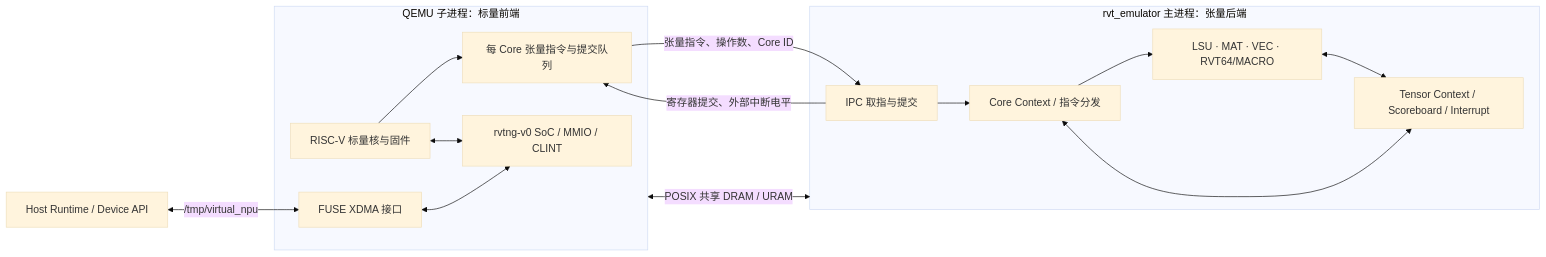
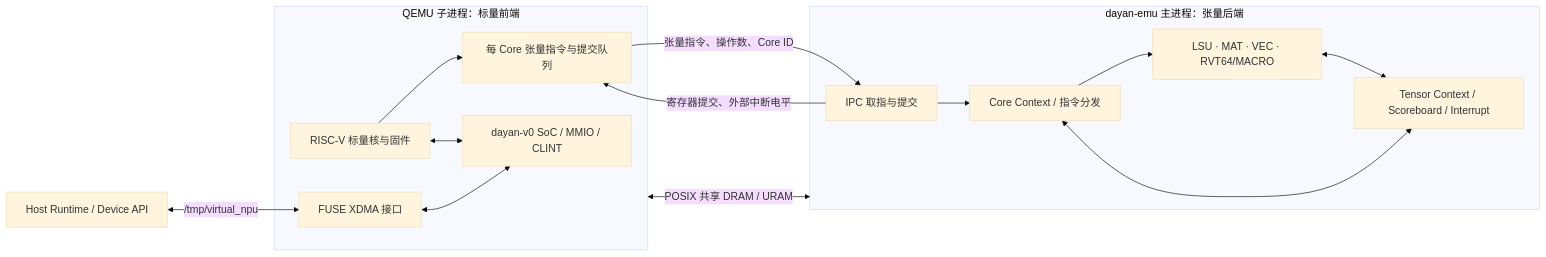
The diagram in README.md (OpenDayan/Dayan-EMU), drawn with Mermaid (base theme) before and after one commit. The commit also changed other lines of this file and 57 other files, not shown here.

First line of the commit message:
refactor: rename rvt/rvtng identifiers to dayan

````diff
--- a/README.md
+++ b/README.md
@@ -18,29 +18,29 @@
 ```mermaid
 flowchart LR
     Host[Host Runtime / Device API]
 
     subgraph QEMU[QEMU 子进程：标量前端]
         CPU[RISC-V 标量核与固件]
-        SoC[rvtng-v0 SoC / MMIO / CLINT]
+        SoC[dayan-v0 SoC / MMIO / CLINT]
         IQ[每 Core 张量指令与提交队列]
         FUSE[FUSE XDMA 接口]
         CPU --> IQ
         CPU <--> SoC
         FUSE <--> SoC
     end
 
-    subgraph DAYAN_EMU[rvt_emulator 主进程：张量后端]
+    subgraph DAYAN_EMU[dayan-emu 主进程：张量后端]
         Fetch[IPC 取指与提交]
         Dispatch[Core Context / 指令分发]
         Units[LSU · MAT · VEC · RVT64/MACRO]
         Context[Tensor Context / Scoreboard / Interrupt]
         Fetch --> Dispatch --> Units
         Dispatch <--> Context
         Units <--> Context
     end
 
     Host <--> |/tmp/virtual_npu| FUSE
     IQ --> |张量指令、操作数、Core ID| Fetch
     Fetch --> |寄存器提交、外部中断电平| IQ
     QEMU <--> |POSIX 共享 DRAM / URAM| DAYAN_EMU
 ```
````
